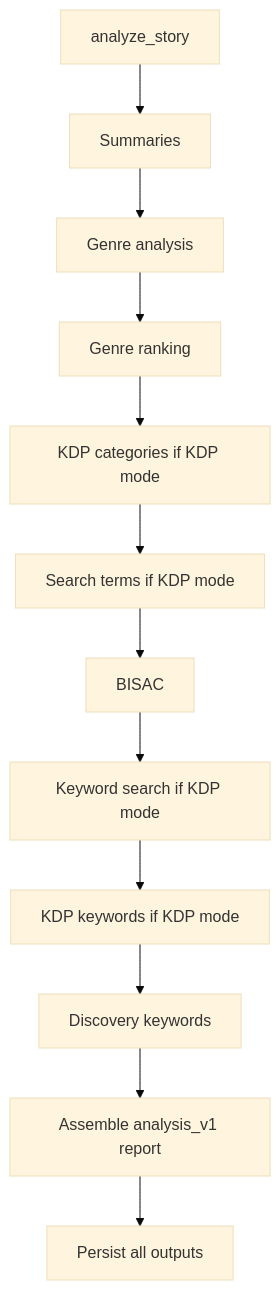
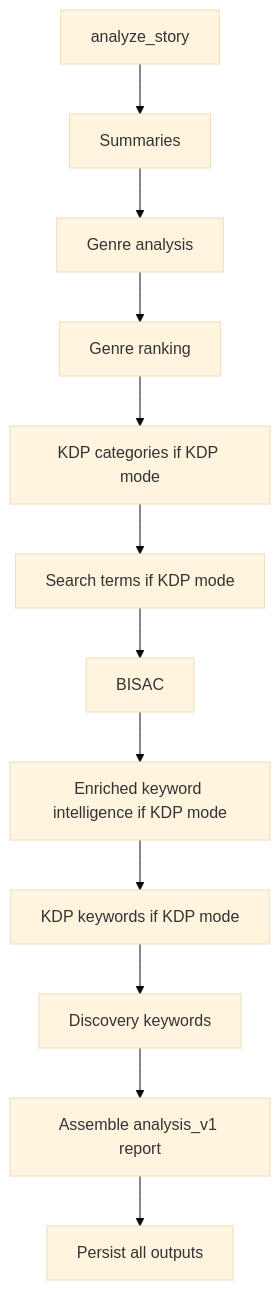
The second of 2 diagrams in info/technical-architecture.md (dnorris-works/manuscript-intel), drawn with Mermaid (base theme) before and after one commit. The commit also changed other lines of this file and 1 other file, not shown here.

Commit message:
Enhance keyword intelligence and processing; implement multi-source enrichment for KDP keywords and improve sentence splitting logic in Zeigarnik analysis

````diff
--- a/info/technical-architecture.md
+++ b/info/technical-architecture.md
@@ -460,14 +505,14 @@
 ```mermaid
 flowchart TD
   A[analyze_story] --> S1[Summaries]
   S1 --> S2[Genre analysis]
   S2 --> S3[Genre ranking]
   S3 --> S4[KDP categories if KDP mode]
   S4 --> S5[Search terms if KDP mode]
   S5 --> S6[BISAC]
-  S6 --> S7[Keyword search if KDP mode]
+  S6 --> S7[Enriched keyword intelligence if KDP mode]
   S7 --> S8[KDP keywords if KDP mode]
   S8 --> S9[Discovery keywords]
   S9 --> S10[Assemble analysis_v1 report]
   S10 --> S11[Persist all outputs]
 ```
````
